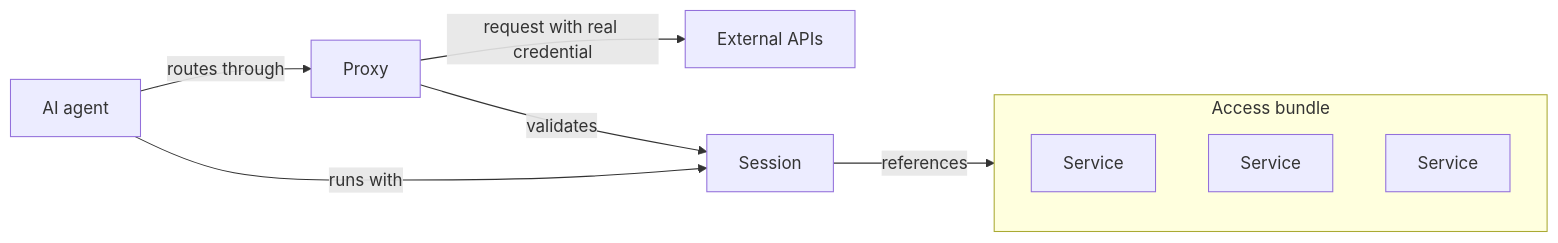
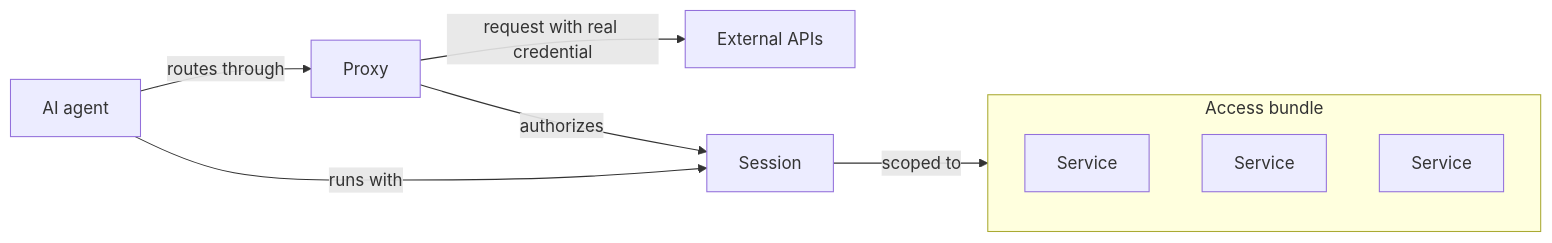
Before and after one commit to Infisical/infisical: the sixth of 6 diagrams in docs/documentation/platform/agent-vault/how-it-works.mdx, drawn with Mermaid. The commit also changed other lines of this file and 5 other files, not shown here.

````diff
--- a/docs/documentation/platform/agent-vault/how-it-works.mdx
+++ b/docs/documentation/platform/agent-vault/how-it-works.mdx
@@ -93,13 +93,13 @@
     ```mermaid
     flowchart LR
       agent["AI agent"] -->|"routes through"| proxy["Proxy"]
       proxy -->|"request with real credential"| apis["External APIs"]
-      proxy -->|"validates"| session["Session"]
+      proxy -->|"authorizes"| session["Session"]
       agent -->|"runs with"| session
-      session -->|"references"| bundle
+      session -->|"scoped to"| bundle
       subgraph bundle["Access bundle"]
         s1["Service"]
         s2["Service"]
         s3["Service"]
       end
     ```
````
